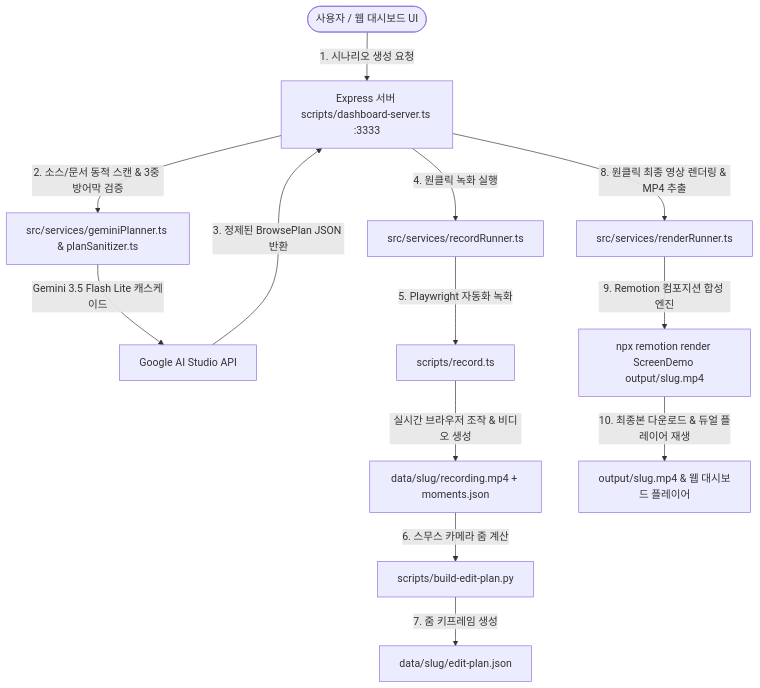
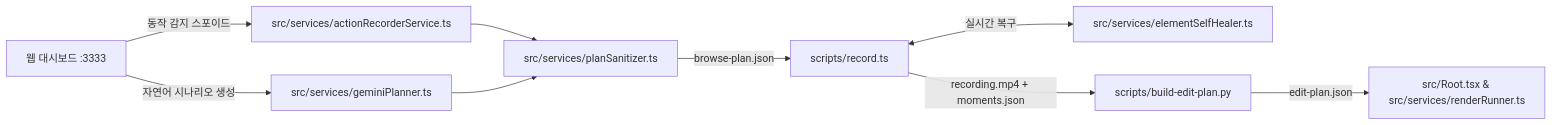
Before and after one commit to handsun000/ai-screen-studio: the diagram in AGENTS.md, drawn with Mermaid. The commit also changed other lines of this file and 64 other files, not shown here.

````diff
--- a/AGENTS.md
+++ b/AGENTS.md
@@ -20,15 +21,11 @@
 ```mermaid
-graph TD
-    User([사용자 / 웹 대시보드 UI]) -->|1. 시나리오 생성 요청| DashboardServer[Express 서버 scripts/dashboard-server.ts :3333]
-    DashboardServer -->|2. 소스/문서 동적 스캔 & 3중 방어막 검증| GeminiPlanner[src/services/geminiPlanner.ts & planSanitizer.ts]
-    GeminiPlanner -->|Gemini 3.5 Flash Lite 캐스케이드| GoogleAI[Google AI Studio API]
-    GoogleAI -->|3. 정제된 BrowsePlan JSON 반환| DashboardServer
-    DashboardServer -->|4. 원클릭 녹화 실행| RecordRunner[src/services/recordRunner.ts]
-    RecordRunner -->|5. Playwright 자동화 녹화| Playwright[scripts/record.ts]
-    Playwright -->|실시간 브라우저 조작 & 비디오 생성| RawVideo[data/slug/recording.mp4 + moments.json]
-    RawVideo -->|6. 스무스 카메라 줌 계산| EditPlanPy[scripts/build-edit-plan.py]
-    EditPlanPy -->|7. 줌 키프레임 생성| EditPlanJson[data/slug/edit-plan.json]
-    DashboardServer -->|8. 원클릭 최종 영상 렌더링 & MP4 추출| RenderRunner[src/services/renderRunner.ts]
-    RenderRunner -->|9. Remotion 컴포지션 합성 엔진| Remotion[npx remotion render ScreenDemo output/slug.mp4]
-    Remotion -->|10. 최종본 다운로드 & 듀얼 플레이어 재생| FinalMP4[output/slug.mp4 & 웹 대시보드 플레이어]
+graph LR
+    UI[웹 대시보드 :3333] -->|동작 감지 스포이드| Recorder[src/services/actionRecorderService.ts]
+    UI -->|자연어 시나리오 생성| Planner[src/services/geminiPlanner.ts]
+    Recorder --> Sanitizer[src/services/planSanitizer.ts]
+    Planner --> Sanitizer
+    Sanitizer -->|browse-plan.json| Runner[scripts/record.ts]
+    Runner <-->|실시간 복구| Healer[src/services/elementSelfHealer.ts]
+    Runner -->|recording.mp4 + moments.json| EditPlan[scripts/build-edit-plan.py]
+    EditPlan -->|edit-plan.json| Remotion[src/Root.tsx & src/services/renderRunner.ts]
 ```
````
